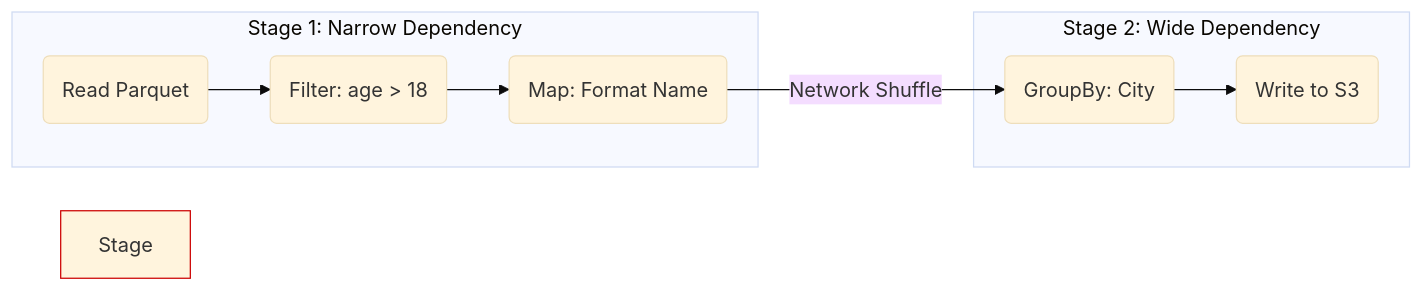
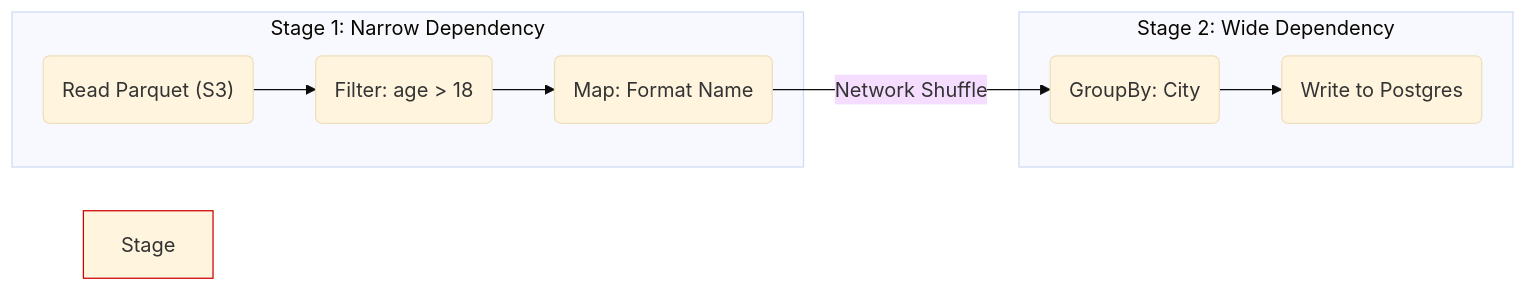
Before and after one commit to kythuatdulieu/kythuatdulieu.github.io: the second of 2 diagrams in src/content/docs/concepts/7-dataops-orchestration-quality/dag.md, drawn with Mermaid (base theme). The commit also changed other lines of this file and 228 other files, not shown here.

Commit message:
Fix syntax and rewrite 200+ concepts docs to deep-dive system architecture and add GA4 tracking to quiz app

````diff
--- a/src/content/docs/concepts/7-dataops-orchestration-quality/dag.md
+++ b/src/content/docs/concepts/7-dataops-orchestration-quality/dag.md
@@ -47,14 +104,14 @@
 ```mermaid
 graph LR
     subgraph Stage 1: Narrow Dependency
-    A("Read Parquet") --> B("Filter: age > 18")
+    A("Read Parquet (S3)") --> B("Filter: age > 18")
     B --> C("Map: Format Name")
     end
     subgraph Stage 2: Wide Dependency
     C -->|Network Shuffle| D("GroupBy: City")
-    D --> E("Write to S3")
+    D --> E("Write to Postgres")
     end
     
     style Stage 1 fill:#e6f3ff,stroke:#0066cc
     style Stage 2 fill:#ffe6e6,stroke:#cc0000
 ```
````
